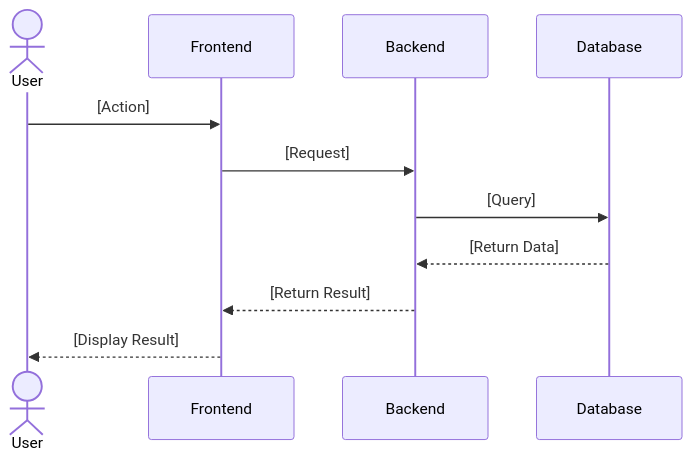
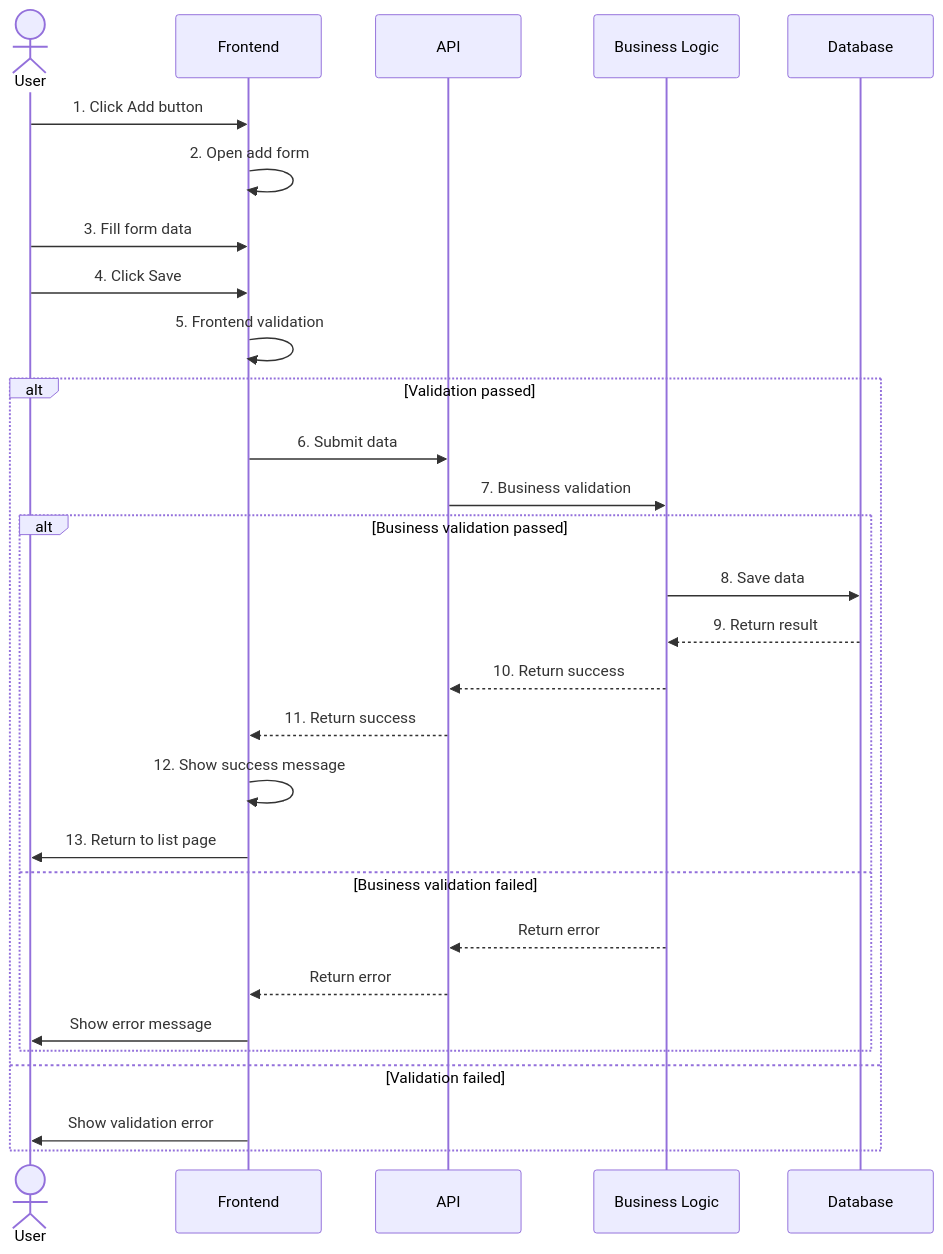
Before and after one commit to charlesmu99/speccrew: the first of 2 diagrams in .speccrew/skills/speccrew-solution-plan/templates/SOLUTION-TEMPLATE.md, drawn with Mermaid. The commit also changed other lines of this file and 5 other files, not shown here.

````diff
--- a/.speccrew/skills/speccrew-solution-plan/templates/SOLUTION-TEMPLATE.md
+++ b/.speccrew/skills/speccrew-solution-plan/templates/SOLUTION-TEMPLATE.md
@@ -50,14 +149,34 @@
 ```mermaid
 sequenceDiagram
     actor U as User
     participant F as Frontend
-    participant B as Backend
+    participant A as API
+    participant B as Business Logic
     participant D as Database
     
-    U->>F: [Action]
-    F->>B: [Request]
-    B->>D: [Query]
-    D-->>B: [Return Data]
-    B-->>F: [Return Result]
-    F-->>U: [Display Result]
+    U->>F: 1. Click Add button
+    F->>F: 2. Open add form
+    U->>F: 3. Fill form data
+    U->>F: 4. Click Save
+    F->>F: 5. Frontend validation
+    
+    alt Validation passed
+        F->>A: 6. Submit data
+        A->>B: 7. Business validation
+        
+        alt Business validation passed
+            B->>D: 8. Save data
+            D-->>B: 9. Return result
+            B-->>A: 10. Return success
+            A-->>F: 11. Return success
+            F->>F: 12. Show success message
+            F->>U: 13. Return to list page
+        else Business validation failed
+            B-->>A: Return error
+            A-->>F: Return error
+            F->>U: Show error message
+        end
+    else Validation failed
+        F->>U: Show validation error
+    end
 ```
````
